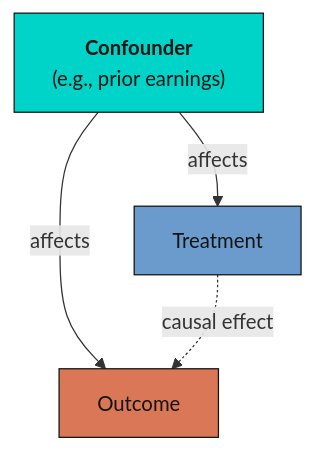
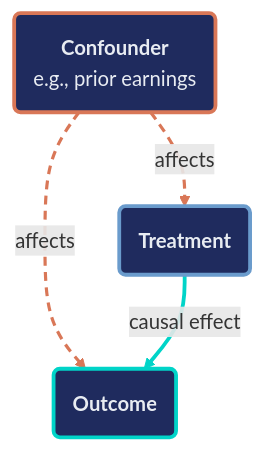
One commit to cmg777/starter-academic-v501 changed the second of 5 diagrams in content/post/python_dowhy/index.md. Above: the diagram before and after it, drawn with Mermaid. The commit also changed other lines of this file and 2 other files, not shown here.

First line of the commit message:
content(mermaid): restyle flowcharts in stata_rct, python_dowhy, r_estimateW (pilot)

````diff
--- a/content/post/python_dowhy/index.md
+++ b/content/post/python_dowhy/index.md
@@ -515,10 +518,14 @@
 ```mermaid
 graph TD
-    C["<b>Confounder</b><br/>(e.g., prior earnings)"] -->|"affects"| T["Treatment"]
-    C -->|"affects"| Y["Outcome"]
-    T -.->|"causal effect"| Y
-
-    style C fill:#00d4c8,stroke:#141413,color:#141413
-    style T fill:#6a9bcc,stroke:#141413,color:#141413
-    style Y fill:#d97757,stroke:#141413,color:#141413
+    C("<b>Confounder</b><br/>e.g., prior earnings") -.->|"affects"| T("<b>Treatment</b>")
+    C -.->|"affects"| Y("<b>Outcome</b>")
+    T ==>|"causal effect"| Y
+    classDef orange fill:#1f2b5e,stroke:#d97757,stroke-width:3px,color:#e8ecf2
+    classDef blue fill:#1f2b5e,stroke:#6a9bcc,stroke-width:3px,color:#e8ecf2
+    classDef teal fill:#1f2b5e,stroke:#00d4c8,stroke-width:3px,color:#e8ecf2
+    class C orange
+    class T blue
+    class Y teal
+    linkStyle 0,1 stroke:#d97757,stroke-width:2.5px,stroke-dasharray:7 5
+    linkStyle 2 stroke:#00d4c8,stroke-width:3px
 ```
````
